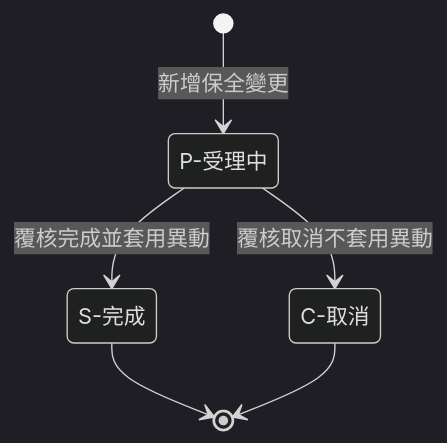
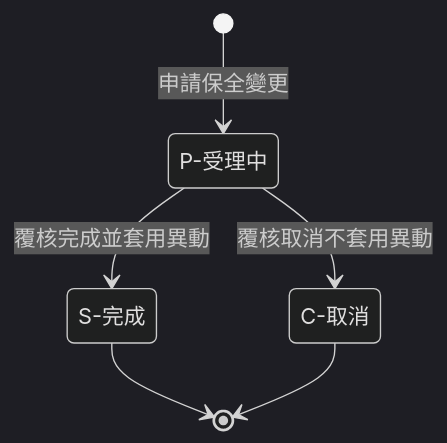
One commit to lin-chia-ying0630/pos-web changed the fifth of 6 diagrams in readme.md. Above: the diagram before and after it, drawn with Mermaid (dark theme). The commit also changed other lines of this file and 82 other files, not shown here.

````diff
--- a/readme.md
+++ b/readme.md
@@ -162,11 +219,11 @@
 ```mermaid
 stateDiagram-v2
-    [*] --> P: 新增保全變更
+    [*] --> P: 申請保全變更
     P: P-受理中
     S: S-完成
     C: C-取消
     P --> S: 覆核完成並套用異動
     P --> C: 覆核取消不套用異動
     S --> [*]
     C --> [*]
 ```
````
